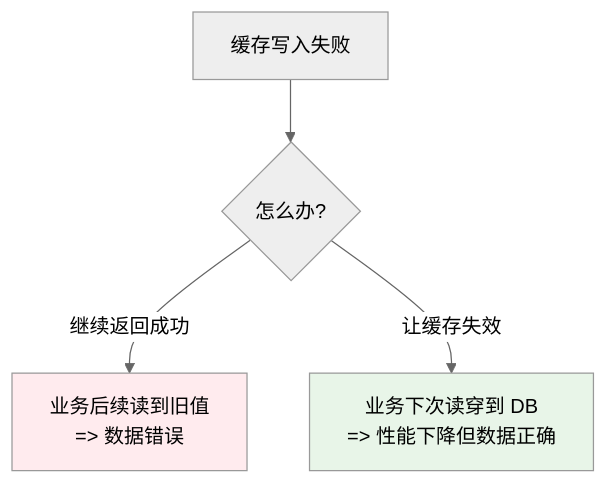
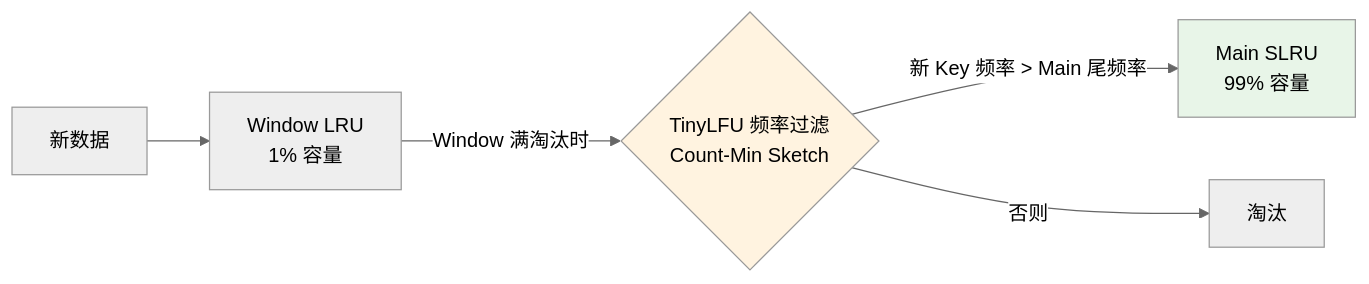
Before and after one commit to chongyang211/YCBookBlog: the third of 18 diagrams in docs/10.真经/05.方案设计思想/04.缓存架构设计思想.md, drawn with Mermaid (neutral theme). The commit also changed other lines of this file and 36 other files, not shown here.

````diff
--- a/docs/10.真经/05.方案设计思想/04.缓存架构设计思想.md
+++ b/docs/10.真经/05.方案设计思想/04.缓存架构设计思想.md
@@ -262,9 +439,10 @@
 ```mermaid
-flowchart TD
-    A[缓存写入失败] --> B{怎么办?}
-    B -->|继续返回成功| C[业务后续读到旧值<br/>=> 数据错误]
-    B -->|让缓存失效| D[业务下次读穿到 DB<br/>=> 性能下降但数据正确]
+graph LR
+    A[新数据] --> Window[Window LRU<br/>1% 容量]
+    Window -->|Window 满淘汰时| Filter{TinyLFU 频率过滤<br/>Count-Min Sketch}
+    Filter -->|新 Key 频率 > Main 尾频率| Main[Main SLRU<br/>99% 容量]
+    Filter -->|否则| Drop[淘汰]
     
-    style C fill:#ffebee
-    style D fill:#e8f5e8
+    style Filter fill:#fff3e0
+    style Main fill:#e8f5e8
 ```
````
